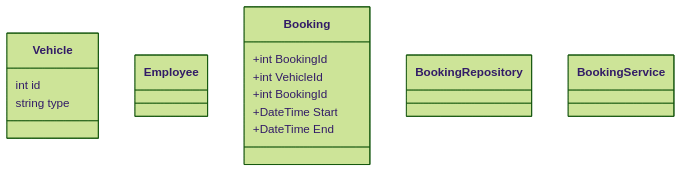
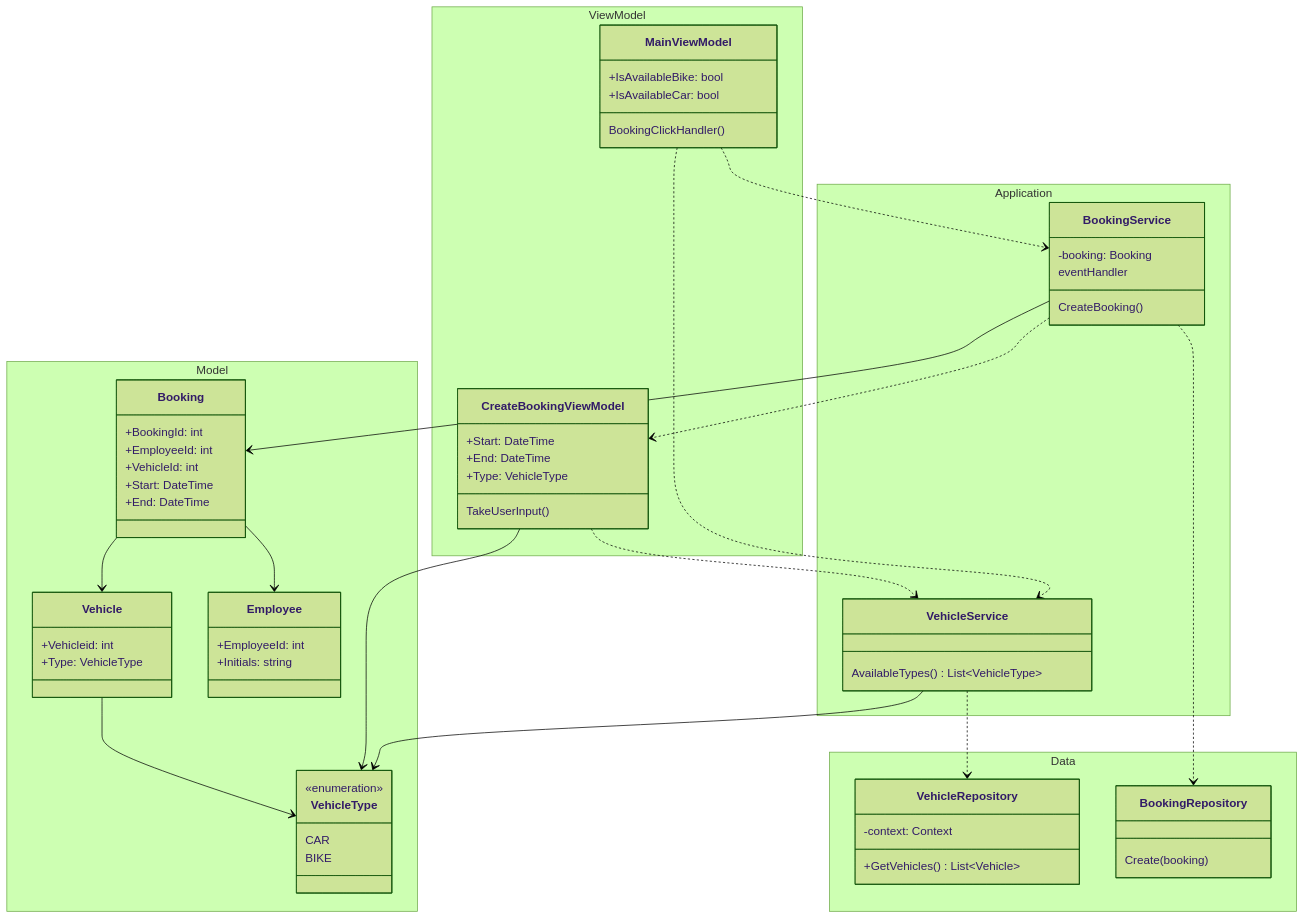
The diagram in docs/notes/Klassediagram version 1.md (Anmi9/2.SemesterEksamensprojekt), drawn with Mermaid (forest theme) before and after one commit.

Commit message:
docs(avm): Klassediagram

````diff
--- a/docs/notes/Klassediagram version 1.md
+++ b/docs/notes/Klassediagram version 1.md
@@ -8,20 +8,77 @@
 ```mermaid 
 classDiagram 
+direction 
+namespace Model{
+class VehicleType{
+<<enumeration>>
+CAR
+BIKE
+}
 class Vehicle{
-int id
-string type
-
++Vehicleid: int
++Type: VehicleType
 }
-class Employee 
+class Employee{
++EmployeeId: int
++Initials: string
+}
 class Booking{
-+int BookingId
-+int VehicleId
-+int BookingId
-+DateTime Start
-+DateTime End
++BookingId: int
++EmployeeId: int
++VehicleId: int
++Start: DateTime
++End: DateTime
+}}
+namespace Data{
+class VehicleRepository{
+-context: Context
++GetVehicles() List~Vehicle~
 }
 class BookingRepository{
+Create(booking) 
+}}
+namespace Application{
+class BookingService{
+-booking: Booking
+eventHandler
+CreateBooking() 
 }
-class BookingService{}
+class VehicleService{
+AvailableTypes() List~VehicleType~ 
+}}
 
+namespace ViewModel{
+class CreateBookingViewModel{
++Start: DateTime
++End: DateTime
++Type: VehicleType 
+TakeUserInput()
+}
+class MainViewModel{
++IsAvailableBike: bool
++IsAvailableCar: bool
+BookingClickHandler()
+}}
+
+VehicleService..>VehicleRepository
+BookingService..>BookingRepository
+
+BookingService-->Booking
+
+Booking-->Vehicle
+Booking-->Employee
+
+CreateBookingViewModel..>VehicleService
+
+BookingService..>CreateBookingViewModel
+
+MainViewModel..>BookingService
+
+MainViewModel..>VehicleService
+
+Vehicle-->VehicleType
+
+CreateBookingViewModel-->VehicleType
+
+VehicleService-->VehicleType
 ```
````
